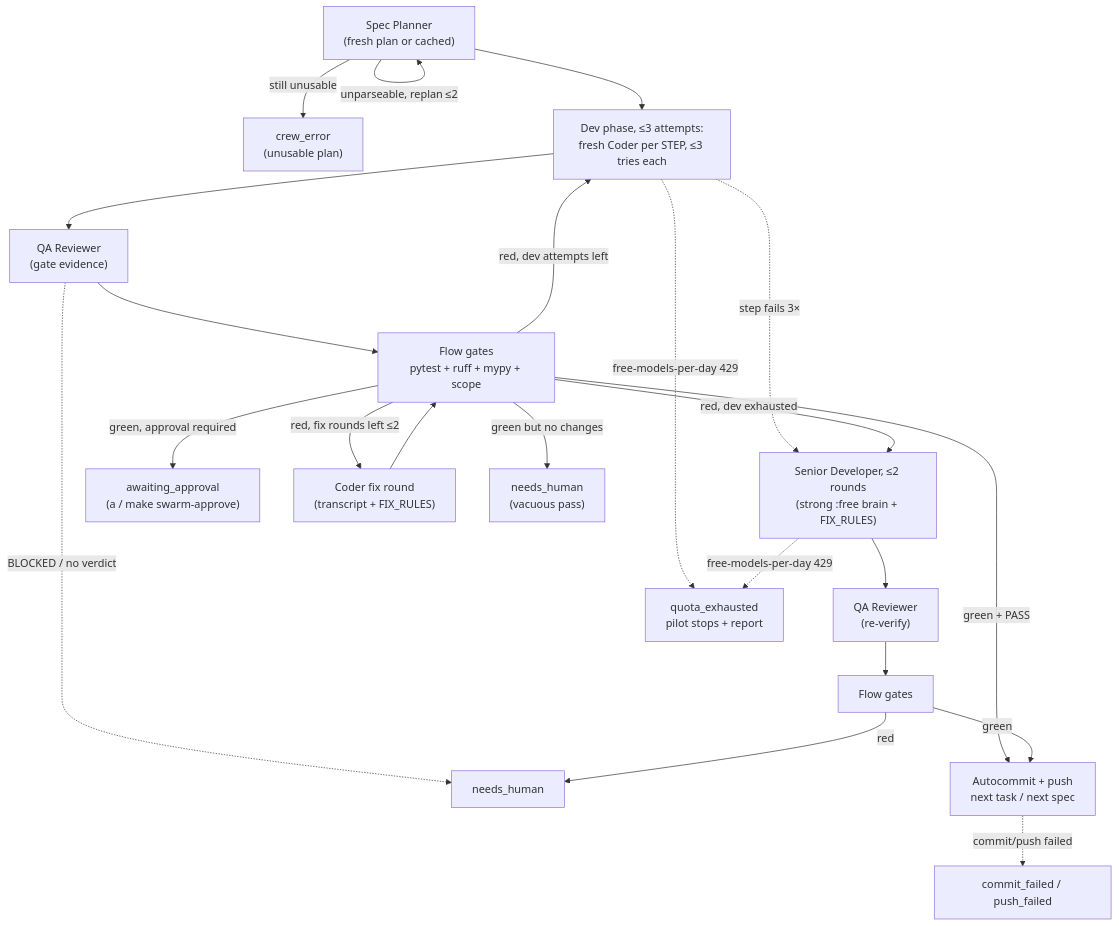
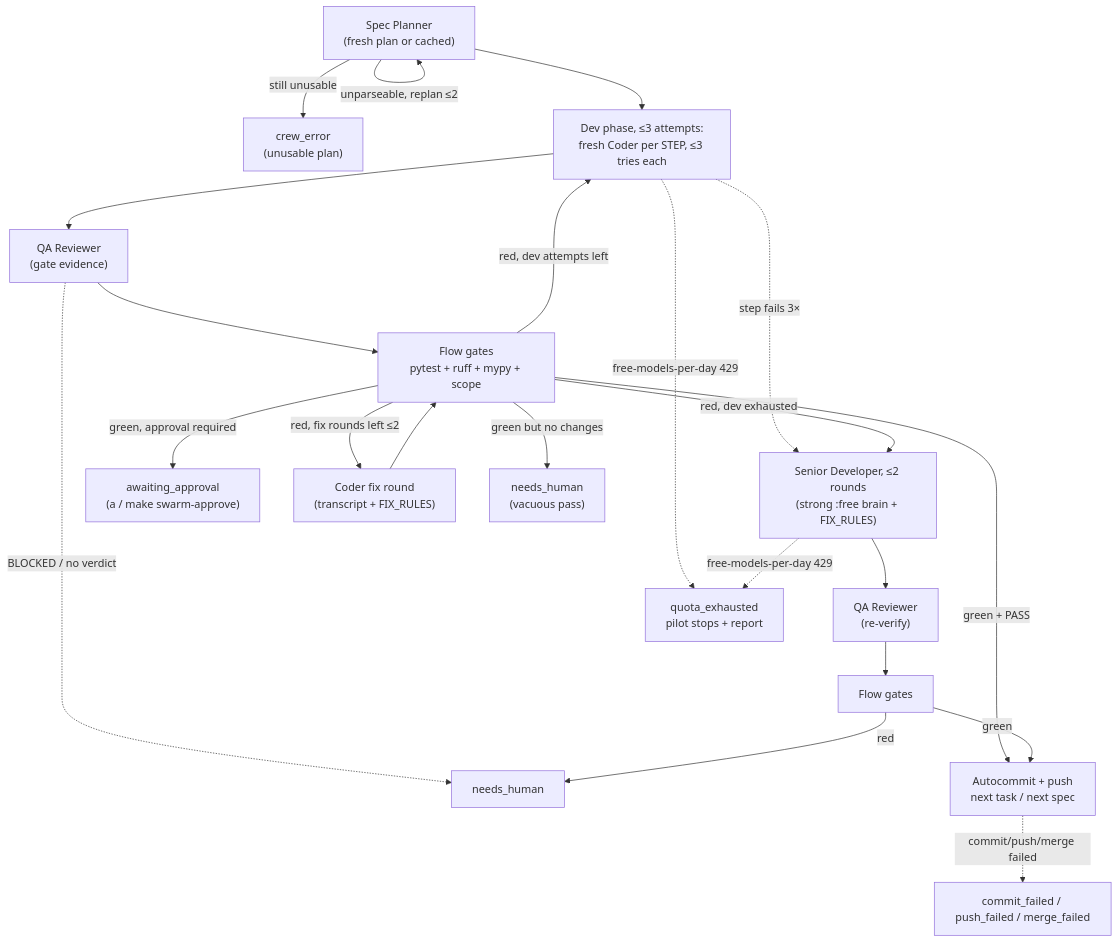
Before and after one commit to handleman/comfort-walking-router: the diagram in swarm/README.md, drawn with Mermaid. The commit also changed other lines of this file and 14 other files, not shown here.

````diff
--- a/swarm/README.md
+++ b/swarm/README.md
@@ -302,24 +334,24 @@
 ```mermaid
 flowchart TB
     P["Spec Planner<br/>(fresh plan or cached)"] --> STEPS["Dev phase, ≤3 attempts:<br/>fresh Coder per STEP, ≤3 tries each"]
     STEPS -.->|step fails 3×| SENIOR
     STEPS --> REV["QA Reviewer<br/>(gate evidence)"]
     REV --> GATES["Flow gates<br/>pytest + ruff + mypy + scope"]
     REV -.->|BLOCKED / no verdict| HUMAN
     GATES -->|green + PASS| COMMIT["Autocommit + push<br/>next task / next spec"]
-    COMMIT -.->|commit/push failed| CF["commit_failed / push_failed"]
+    COMMIT -.->|commit/push/merge failed| CF["commit_failed / push_failed / merge_failed"]
     GATES -->|green, approval required| APPROVE["awaiting_approval<br/>(a / make swarm-approve)"]
     GATES -->|red, fix rounds left ≤2| FIX["Coder fix round<br/>(transcript + FIX_RULES)"]
     FIX --> GATES
     GATES -->|red, dev attempts left| STEPS
     GATES -->|red, dev exhausted| SENIOR["Senior Developer, ≤2 rounds<br/>(strong :free brain + FIX_RULES)"]
     SENIOR --> REV2["QA Reviewer<br/>(re-verify)"]
     REV2 --> GATES2["Flow gates"]
     GATES2 -->|green| COMMIT
     GATES2 -->|red| HUMAN["needs_human"]
     GATES -->|green but no changes| VACANT["needs_human<br/>(vacuous pass)"]
     P -->|unparseable, replan ≤2| P
     P -->|still unusable| PLANFAIL["crew_error<br/>(unusable plan)"]
     STEPS -.->|free-models-per-day 429| Q["quota_exhausted<br/>pilot stops + report"]
     SENIOR -.->|free-models-per-day 429| Q
 ```
````
